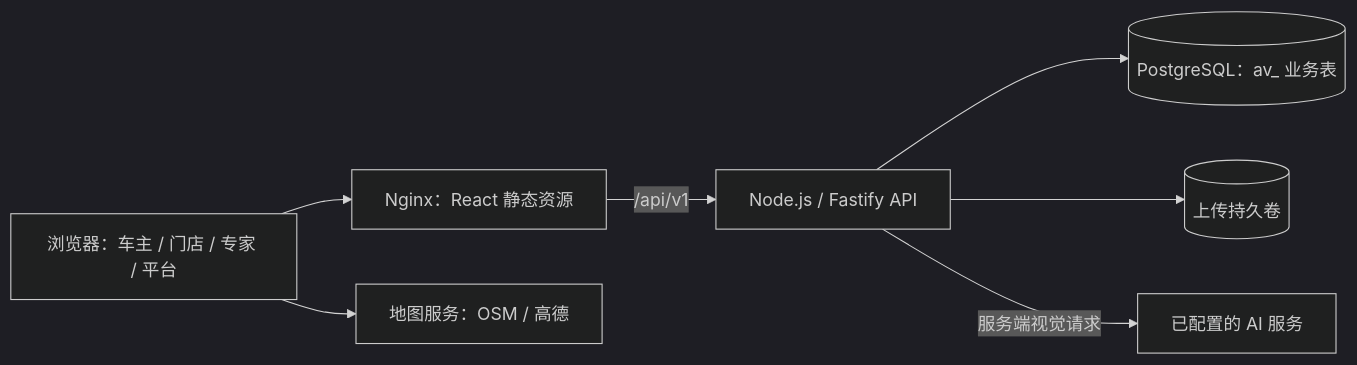
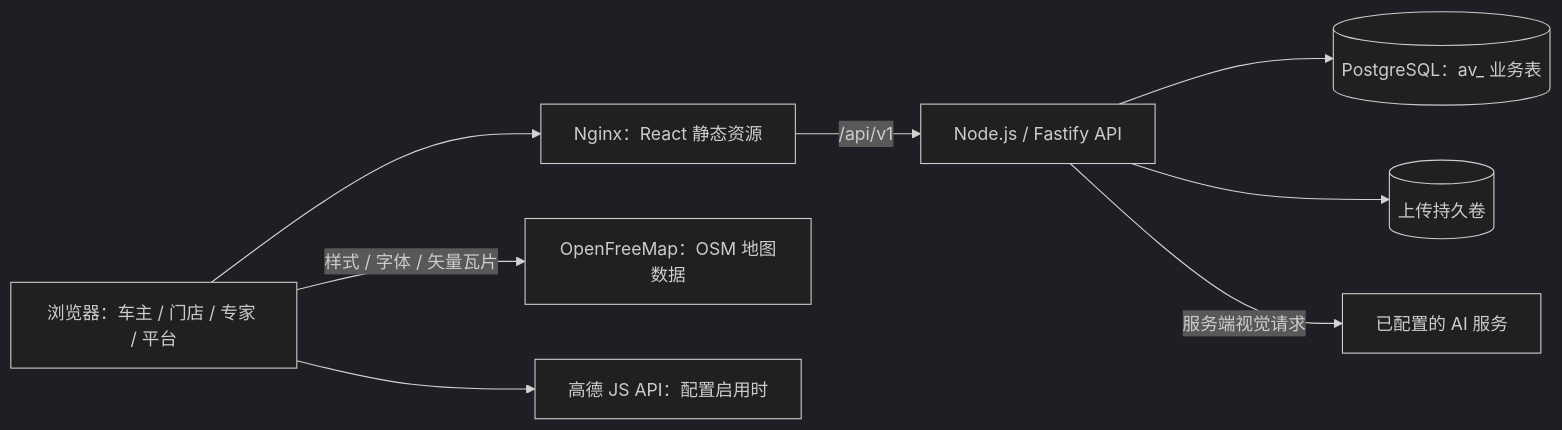
One commit to gexiaobin/mem-car-information-system changed the first of 3 diagrams in docs/architecture.md. Above: the diagram before and after it, drawn with Mermaid (dark theme). The commit also changed other lines of this file and 22 other files, not shown here.

````diff
--- a/docs/architecture.md
+++ b/docs/architecture.md
@@ -9,9 +11,10 @@
 ```mermaid
 flowchart LR
   B[浏览器：车主 / 门店 / 专家 / 平台] --> W[Nginx：React 静态资源]
   W -->|/api/v1| A[Node.js / Fastify API]
   A --> P[(PostgreSQL：av_ 业务表)]
   A --> U[(上传持久卷)]
   A -->|服务端视觉请求| V[已配置的 AI 服务]
-  B --> M[地图服务：OSM / 高德]
+  B -->|样式 / 字体 / 矢量瓦片| M[OpenFreeMap：OSM 地图数据]
+  B --> G[高德 JS API：配置启用时]
 ```
````
